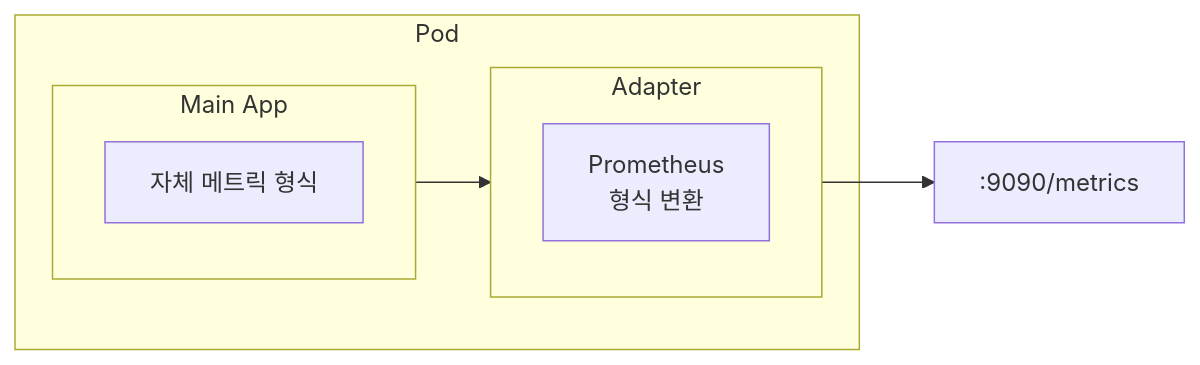
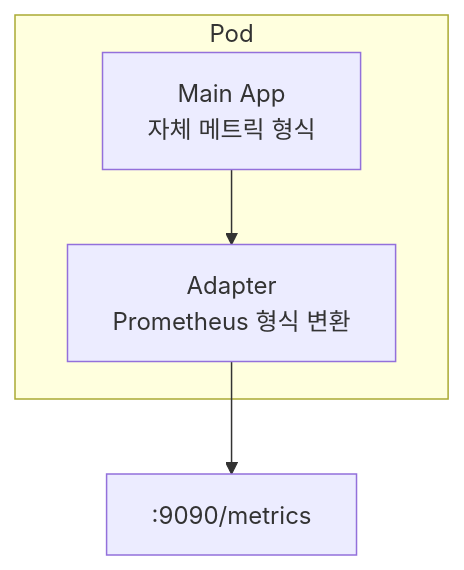
Before and after one commit to K-Diger/k-diger.github.io: the fifth of 7 diagrams in _posts/2025-12-26-kubernetes-05-pod.md, drawn with Mermaid. The commit also changed other lines of this file and 13 other files, not shown here.

````diff
--- a/_posts/2025-12-26-kubernetes-05-pod.md
+++ b/_posts/2025-12-26-kubernetes-05-pod.md
@@ -258,14 +245,10 @@
 ```mermaid
-flowchart LR
+flowchart TB
     subgraph pod["Pod"]
-        subgraph main["Main App"]
-            mainContent["자체 메트릭 형식"]
-        end
-        subgraph adapter["Adapter"]
-            adapterContent["Prometheus<br/>형식 변환"]
-        end
+        main["Main App<br/>자체 메트릭 형식"]
+        adapter["Adapter<br/>Prometheus 형식 변환"]
         main --> adapter
     end
     metrics[":9090/metrics"]
     adapter --> metrics
 ```
````
